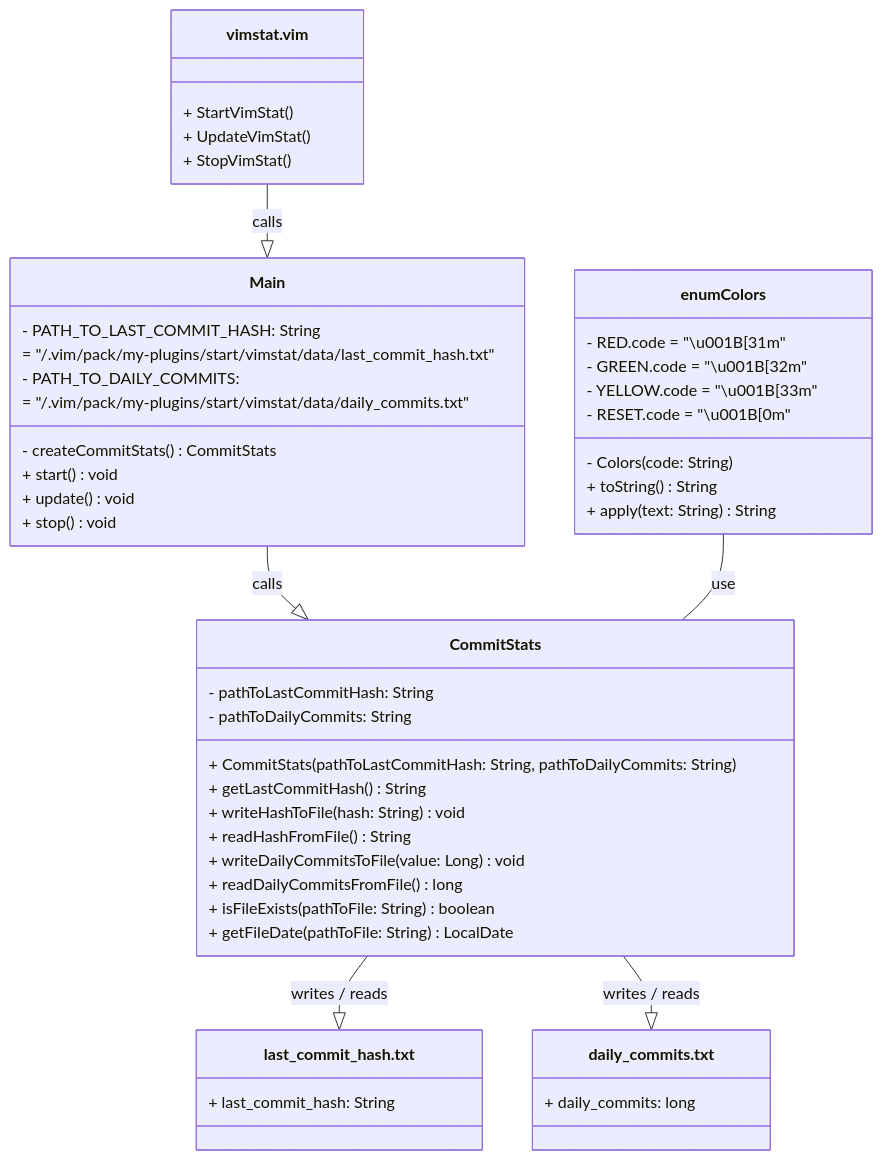
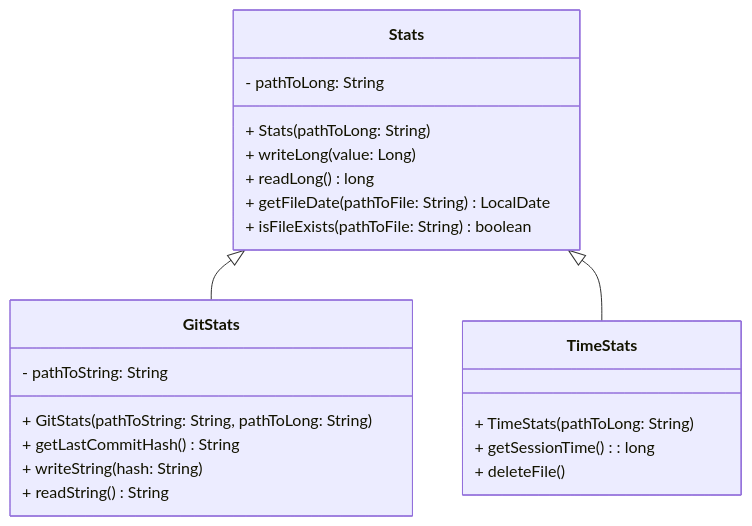
The first of 4 diagrams in vimstat/README.md (AlexandrAnatoliev/jvim-plugins), drawn with Mermaid before and after one commit. The commit also changed other lines of this file and 2 other files, not shown here.

First line of the commit message:
docs(vimstat): update vimstat/README

````diff
--- a/vimstat/README.md
+++ b/vimstat/README.md
@@ -137,57 +128,29 @@
 ```mermaid
 classDiagram
-  
-  class vimstat.vim {
-    + StartVimStat()
-    + UpdateVimStat()
-    + StopVimStat()
+
+  class Stats {
+    - pathToLong: String
+    + Stats(pathToLong: String)
+    + writeLong(value: Long )
+    + readLong() long 
+    + getFileDate(pathToFile: String) LocalDate
+    + isFileExists(pathToFile: String) boolean 
   }
 
-  class Main {
-    - PATH_TO_LAST_COMMIT_HASH: String 
-        = "/.vim/pack/my-plugins/start/vimstat/data/last_commit_hash.txt"
-    - PATH_TO_DAILY_COMMITS: 
-        = "/.vim/pack/my-plugins/start/vimstat/data/daily_commits.txt"
-    - createCommitStats() CommitStats
-    + start() void
-    + update() void
-    + stop() void
+  class GitStats {
+    - pathToString: String 
+    + GitStats(pathToString: String, pathToLong: String)
+    + getLastCommitHash() String 
+    + writeString(hash: String) 
+    + readString() String
   }
 
-  class enum Colors {
-    - RED.code = "\u001B[31m"
-    - GREEN.code = "\u001B[32m"
-    - YELLOW.code = "\u001B[33m"
-    - RESET.code = "\u001B[0m"
-    - Colors(code: String)
-    + toString() String
-    + apply(text: String) String
+  class TimeStats {
+    + TimeStats(pathToLong: String)
+    + getSessionTime(): long 
+    + deleteFile() 
   }
 
-  class CommitStats {
-    - pathToLastCommitHash: String
-    - pathToDailyCommits: String
-    + CommitStats(pathToLastCommitHash: String, pathToDailyCommits: String)
-    + getLastCommitHash() String
-    + writeHashToFile(hash: String) void
-    + readHashFromFile() String
-    + writeDailyCommitsToFile(value: Long) void
-    + readDailyCommitsFromFile() long
-    + isFileExists(pathToFile: String) boolean
-    + getFileDate(pathToFile: String) LocalDate 
-  }
-
-  class last_commit_hash.txt {
-    + last_commit_hash: String
-  }
-
-  class daily_commits.txt {
-    + daily_commits: long
-  }
-
-  vimstat.vim --|> Main : calls
-  Main --|> CommitStats : calls
-  enum Colors -- CommitStats : use
-  CommitStats --|> last_commit_hash.txt : writes / reads
-  CommitStats --|> daily_commits.txt : writes / reads
+  Stats <|-- GitStats
+  Stats <|-- TimeStats
 ```
````
